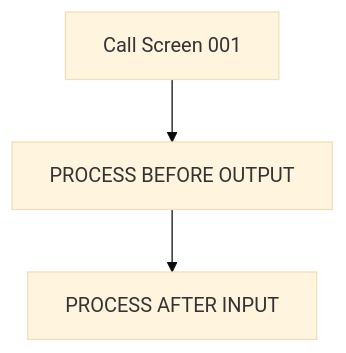
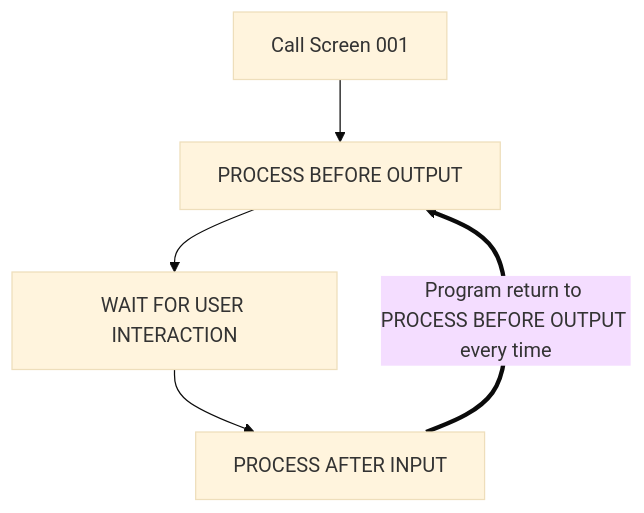
One commit to Fabeure/ABAP-Initiation changed the diagram in Exercice4.md. Above: the diagram before and after it, drawn with Mermaid (base theme).

````diff
--- a/Exercice4.md
+++ b/Exercice4.md
@@ -37,5 +37,7 @@
     ``` mermaid
       graph TD;
             A[Call Screen 001]-->B[PROCESS BEFORE OUTPUT];
-            B[PROCESS BEFORE OUTPUT]-->C[PROCESS AFTER INPUT];
+            B[PROCESS BEFORE OUTPUT]-->C[WAIT FOR USER INTERACTION];
+            C[WAIT FOR USER INTERACTION]-->D[PROCESS AFTER INPUT];
+            D == Program return to PROCESS BEFORE OUTPUT every time ==>B;
     ```
````
